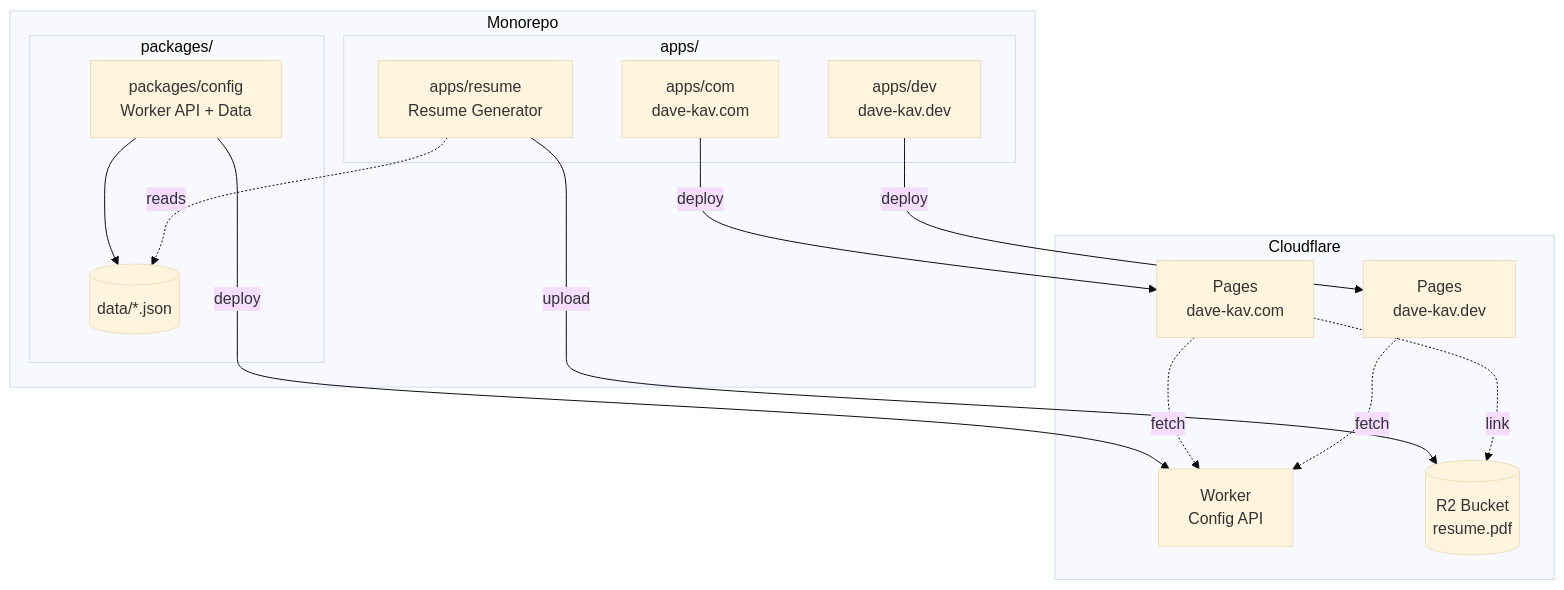
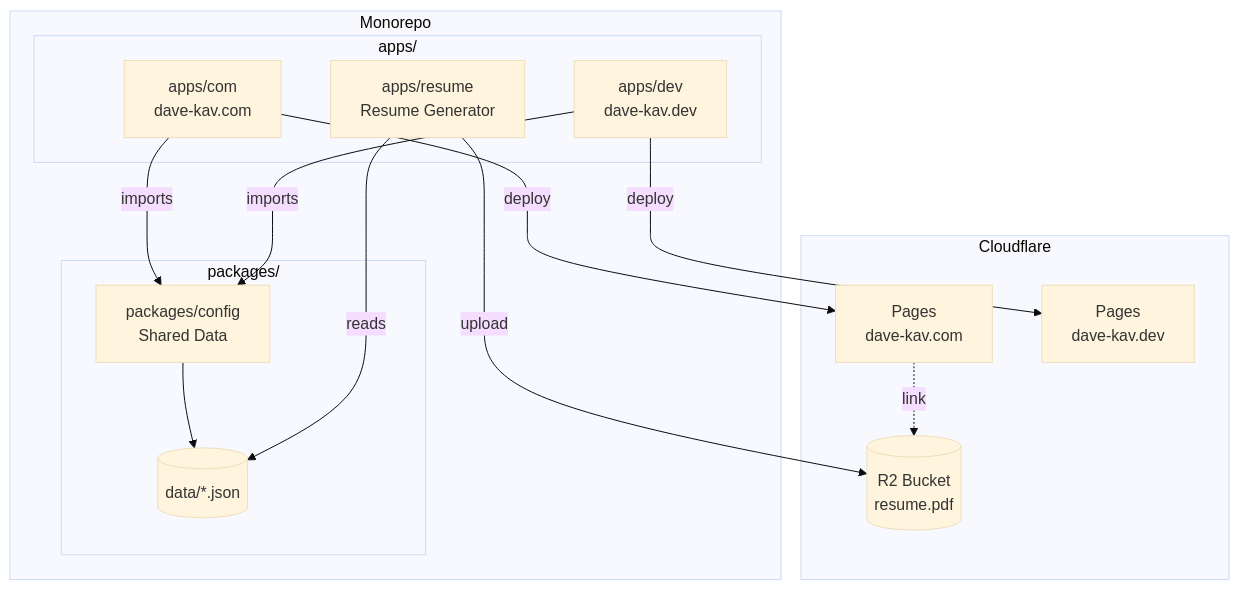
One commit to dave-kav/dave-kav-portfolio changed the first of 2 diagrams in README.md. Above: the diagram before and after it, drawn with Mermaid (base theme). The commit also changed other lines of this file and 14 other files, not shown here.

First line of the commit message:
Remove Worker API, use direct imports

````diff
--- a/README.md
+++ b/README.md
@@ -7,34 +7,32 @@
 ```mermaid
 graph TB
     subgraph "Monorepo"
         subgraph "apps/"
             COM[apps/com<br/>dave-kav.com]
             DEV[apps/dev<br/>dave-kav.dev]
             RESUME[apps/resume<br/>Resume Generator]
         end
 
         subgraph "packages/"
-            CONFIG[packages/config<br/>Worker API + Data]
+            CONFIG[packages/config<br/>Shared Data]
             DATA[(data/*.json)]
         end
 
         CONFIG --> DATA
-        RESUME -.->|reads| DATA
+        COM -->|imports| CONFIG
+        DEV -->|imports| CONFIG
+        RESUME -->|reads| DATA
     end
 
     subgraph "Cloudflare"
         CF_COM[Pages<br/>dave-kav.com]
         CF_DEV[Pages<br/>dave-kav.dev]
-        CF_WORKER[Worker<br/>Config API]
         CF_R2[(R2 Bucket<br/>resume.pdf)]
     end
 
     COM -->|deploy| CF_COM
     DEV -->|deploy| CF_DEV
-    CONFIG -->|deploy| CF_WORKER
     RESUME -->|upload| CF_R2
 
-    CF_COM -.->|fetch| CF_WORKER
-    CF_DEV -.->|fetch| CF_WORKER
     CF_COM -.->|link| CF_R2
 ```
````
